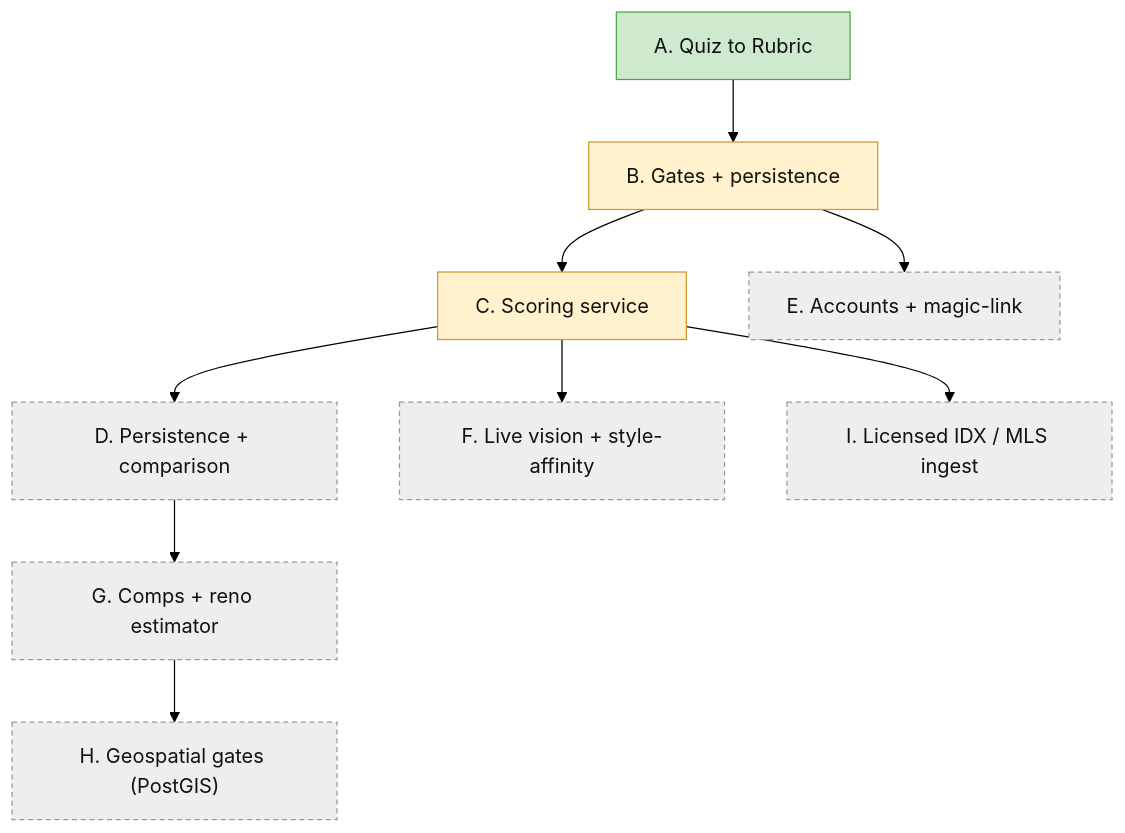
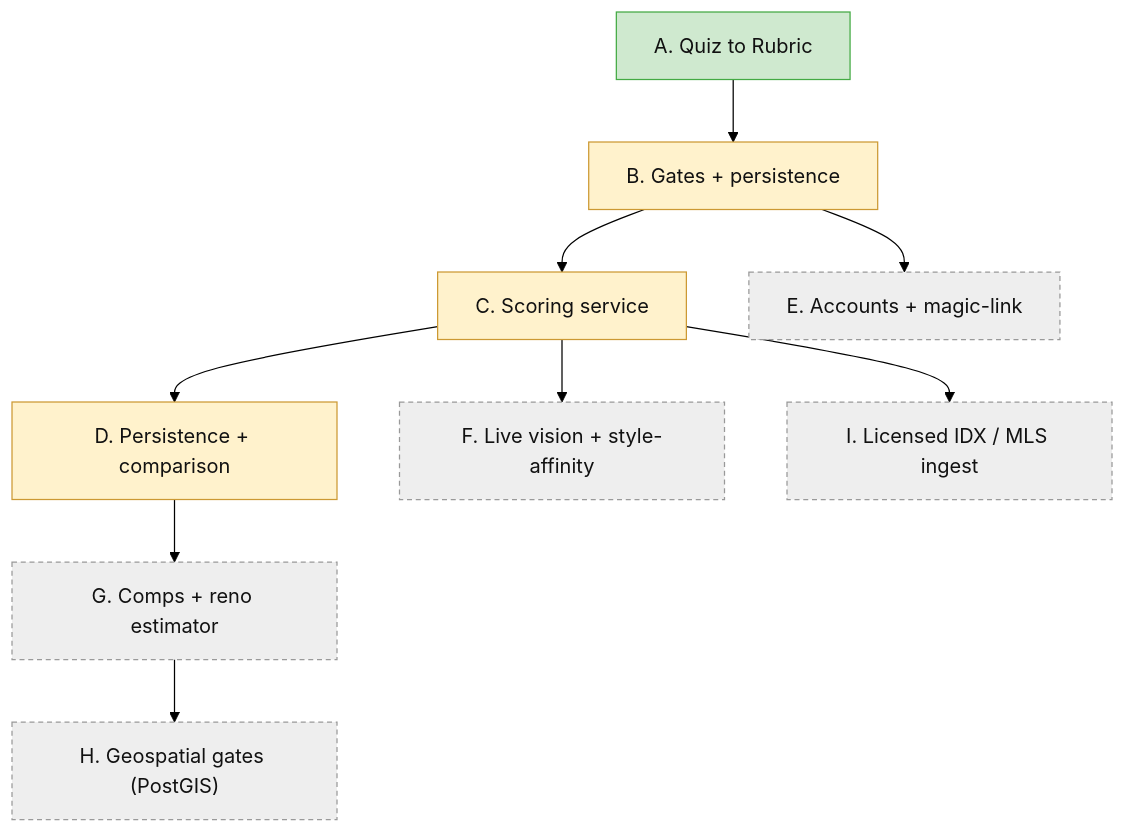
Before and after one commit to hartc17/home-score-app: the diagram in docs/roadmap.md, drawn with Mermaid (forest theme). The commit also changed other lines of this file and 22 other files, not shown here.

````diff
--- a/docs/roadmap.md
+++ b/docs/roadmap.md
@@ -23,17 +23,17 @@
 ```mermaid
 flowchart TB
   A["A. Quiz to Rubric"] --> B["B. Gates + persistence"]
   B --> C["C. Scoring service"]
   C --> D["D. Persistence + comparison"]
   B --> E["E. Accounts + magic-link"]
   C --> F["F. Live vision + style-affinity"]
   D --> G["G. Comps + reno estimator"]
   G --> H["H. Geospatial gates (PostGIS)"]
   C --> I["I. Licensed IDX / MLS ingest"]
   classDef done fill:#cfe9cf,stroke:#4a4,color:#111;
   classDef wip fill:#fff2cc,stroke:#c93,color:#111;
   classDef future fill:#eeeeee,stroke:#999,stroke-dasharray:4 3,color:#111;
   class A done;
-  class B,C wip;
-  class D,E,F,G,H,I future;
+  class B,C,D wip;
+  class E,F,G,H,I future;
 ```
````
